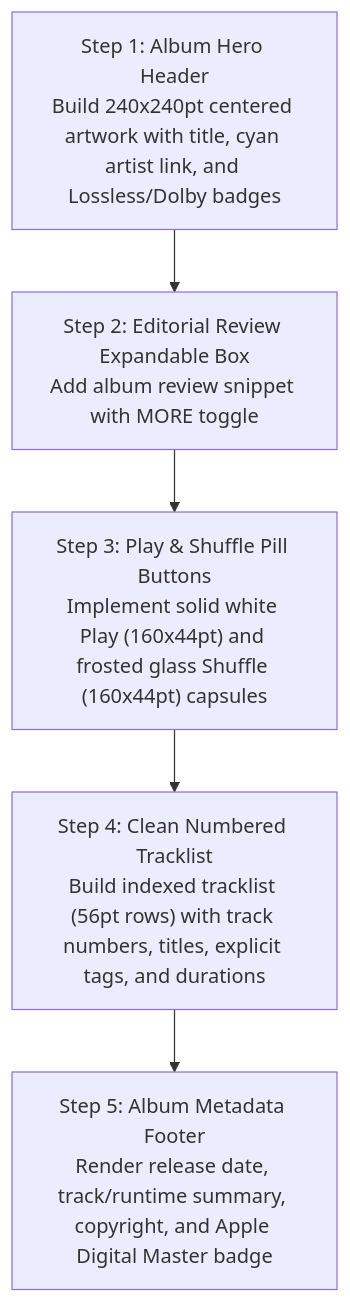
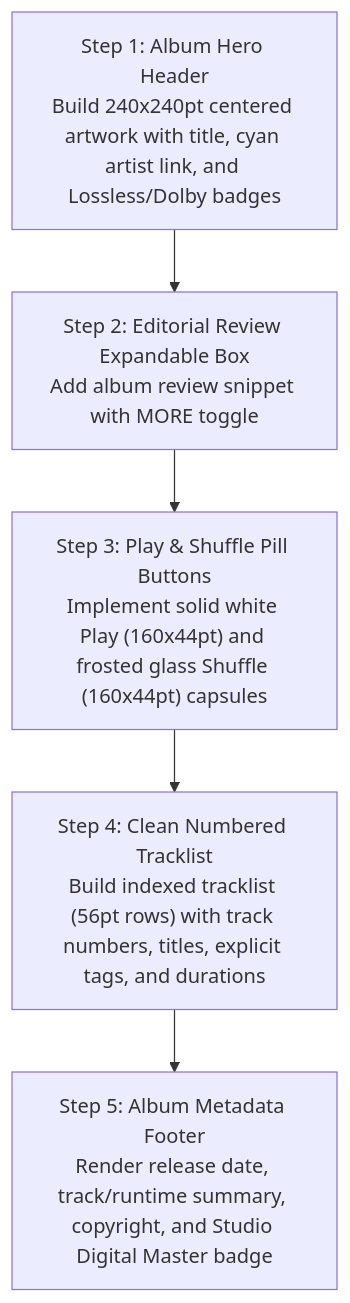
One commit to aashikhameed/music-player-app changed the diagram in designScreen/mobile_specification/03_ALBUM_SCREEN.md. Above: the diagram before and after it, drawn with Mermaid. The commit also changed other lines of this file and 38 other files, not shown here.

````diff
--- a/designScreen/mobile_specification/03_ALBUM_SCREEN.md
+++ b/designScreen/mobile_specification/03_ALBUM_SCREEN.md
@@ -23,7 +23,7 @@
 ```mermaid
 flowchart TD
     Step1["Step 1: Album Hero Header\nBuild 240x240pt centered artwork with title, cyan artist link, and Lossless/Dolby badges"] --> Step2["Step 2: Editorial Review Expandable Box\nAdd album review snippet with MORE toggle"]
     Step2 --> Step3["Step 3: Play & Shuffle Pill Buttons\nImplement solid white Play (160x44pt) and frosted glass Shuffle (160x44pt) capsules"]
     Step3 --> Step4["Step 4: Clean Numbered Tracklist\nBuild indexed tracklist (56pt rows) with track numbers, titles, explicit tags, and durations"]
-    Step4 --> Step5["Step 5: Album Metadata Footer\nRender release date, track/runtime summary, copyright, and Apple Digital Master badge"]
+    Step4 --> Step5["Step 5: Album Metadata Footer\nRender release date, track/runtime summary, copyright, and Studio Digital Master badge"]
 ```
````
